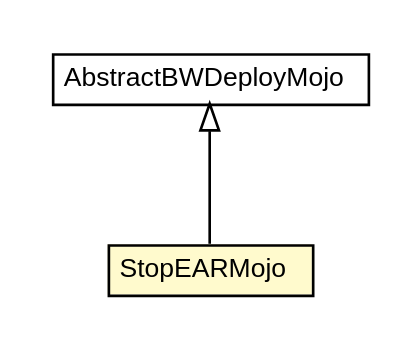
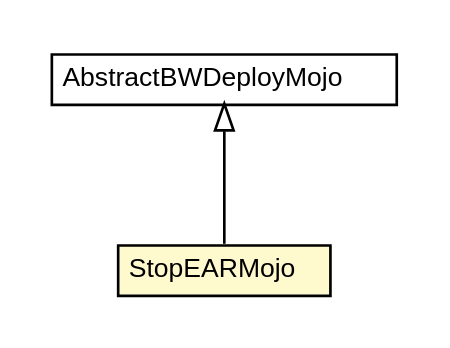
One commit to fastconnect/tibco-factory changed the diagram in bw-maven-plugin/apidocs/fr/fastconnect/factory/tibco/bw/maven/deployment/StopEARMojo.dot. Above: the diagram before and after it, drawn with Graphviz. The commit also changed 380 other files, not shown here.

```diff
--- a/bw-maven-plugin/apidocs/fr/fastconnect/factory/tibco/bw/maven/deployment/StopEARMojo.dot
+++ b/bw-maven-plugin/apidocs/fr/fastconnect/factory/tibco/bw/maven/deployment/StopEARMojo.dot
@@ -1,26 +1,26 @@
 #!/usr/local/bin/dot
 #
 # Class diagram 
 # Generated by UMLGraph version R5_6-24-gf6e263 (http://www.umlgraph.org/)
 #
 
 digraph G {
-	edge [fontname="arial",fontsize=10,labelfontname="arial",labelfontsize=10];
-	node [fontname="arial",fontsize=10,shape=plaintext];
+	edge [fontname="Helvetica",fontsize=10,labelfontname="Helvetica",labelfontsize=10];
+	node [fontname="Helvetica",fontsize=10,shape=plaintext];
 	nodesep=0.25;
 	ranksep=0.5;
 	// fr.fastconnect.factory.tibco.bw.maven.deployment.StopEARMojo
-	c3983 [label=<<table title="fr.fastconnect.factory.tibco.bw.maven.deployment.StopEARMojo" border="0" cellborder="1" cellspacing="0" cellpadding="2" port="p" bgcolor="lemonChiffon" href="./StopEARMojo.html">
+	c4256 [label=<<table title="fr.fastconnect.factory.tibco.bw.maven.deployment.StopEARMojo" border="0" cellborder="1" cellspacing="0" cellpadding="2" port="p" bgcolor="lemonChiffon" href="./StopEARMojo.html">
 		<tr><td><table border="0" cellspacing="0" cellpadding="1">
 <tr><td align="center" balign="center"> StopEARMojo </td></tr>
 		</table></td></tr>
-		</table>>, URL="./StopEARMojo.html", fontname="arial", fontcolor="black", fontsize=10.0];
+		</table>>, URL="./StopEARMojo.html", fontname="Helvetica", fontcolor="black", fontsize=10.0];
 	// fr.fastconnect.factory.tibco.bw.maven.deployment.AbstractBWDeployMojo
-	c3989 [label=<<table title="fr.fastconnect.factory.tibco.bw.maven.deployment.AbstractBWDeployMojo" border="0" cellborder="1" cellspacing="0" cellpadding="2" port="p" href="./AbstractBWDeployMojo.html">
+	c4260 [label=<<table title="fr.fastconnect.factory.tibco.bw.maven.deployment.AbstractBWDeployMojo" border="0" cellborder="1" cellspacing="0" cellpadding="2" port="p" href="./AbstractBWDeployMojo.html">
 		<tr><td><table border="0" cellspacing="0" cellpadding="1">
 <tr><td align="center" balign="center"> AbstractBWDeployMojo </td></tr>
 		</table></td></tr>
-		</table>>, URL="./AbstractBWDeployMojo.html", fontname="arial", fontcolor="black", fontsize=10.0];
+		</table>>, URL="./AbstractBWDeployMojo.html", fontname="Helvetica", fontcolor="black", fontsize=10.0];
 	//fr.fastconnect.factory.tibco.bw.maven.deployment.StopEARMojo extends fr.fastconnect.factory.tibco.bw.maven.deployment.AbstractBWDeployMojo
-	c3989:p -> c3983:p [dir=back,arrowtail=empty];
+	c4260:p -> c4256:p [dir=back,arrowtail=empty];
 }
```
